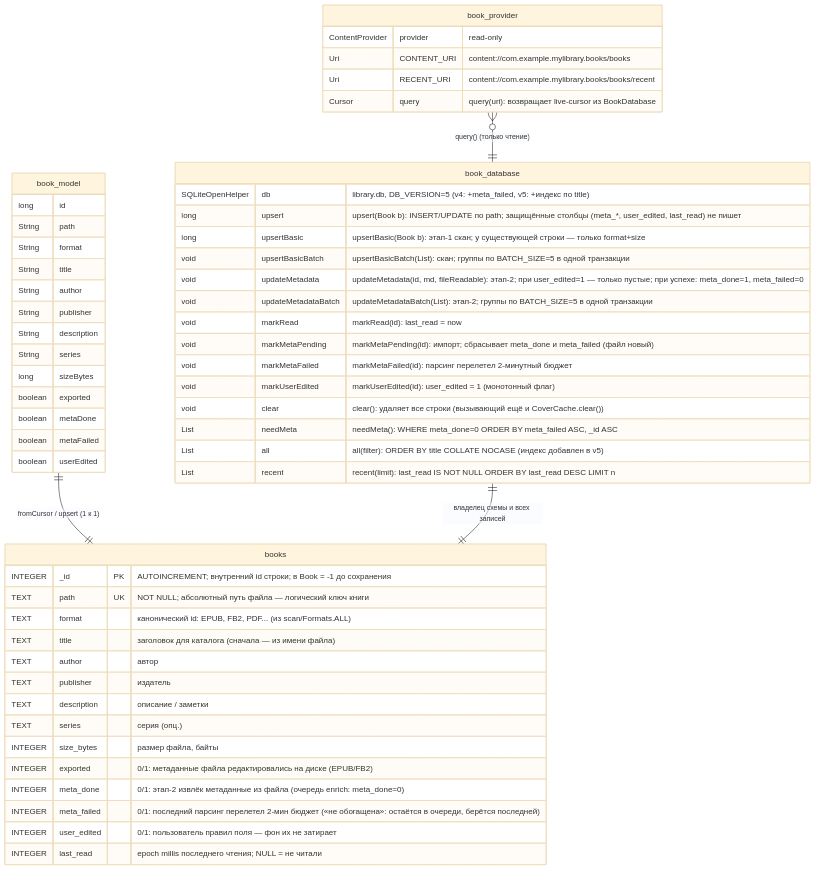
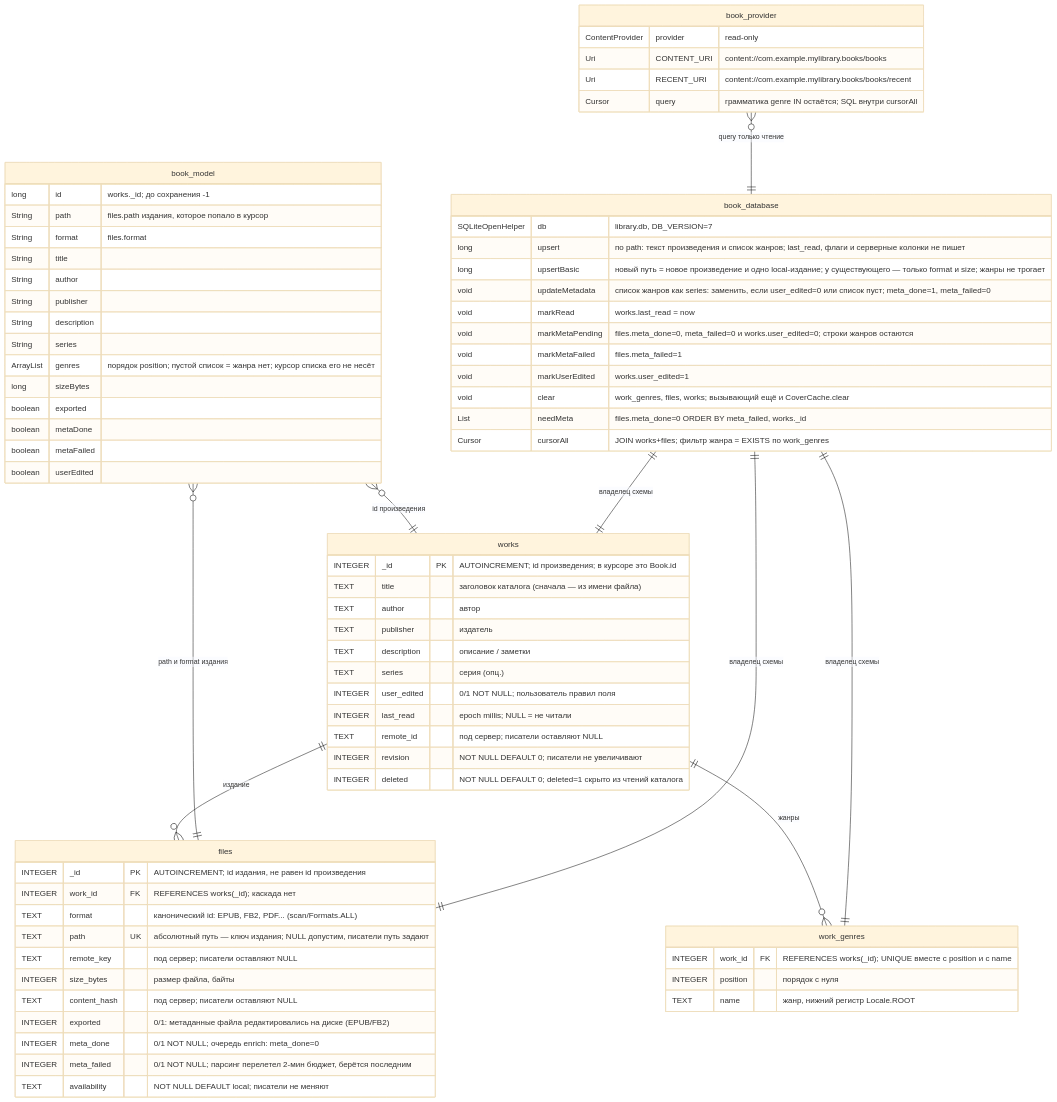
One commit to Klapatun/NeoLibrary changed the diagram in docs/diagrams/db_er.mmd. Above: the diagram before and after it, drawn with Mermaid (base theme). The commit also changed 5 other files, not shown here.

First line of the commit message:
docs: шаг 3 (work-file-catalog) — каталог v7 в architecture и ER

```diff
--- a/docs/diagrams/db_er.mmd
+++ b/docs/diagrams/db_er.mmd
@@ -1,64 +1,84 @@
-%% Neo Library — ER-диаграмма каталога (SQLite, library.db, v5)
-%% Одна таблица, одна строка = одна книга на диске.
+%% Neo Library — ER-диаграмма каталога (SQLite, library.db, v7)
+%% Произведение, издание и список жанров. Локальный скан: один новый путь = одно произведение.
 erDiagram
 
-    books {
-        INTEGER   _id          PK "AUTOINCREMENT; внутренний id строки; в Book = -1 до сохранения"
-        TEXT      path         UK "NOT NULL; абсолютный путь файла — логический ключ книги"
-        TEXT      format       "канонический id: EPUB, FB2, PDF... (из scan/Formats.ALL)"
-        TEXT      title        "заголовок для каталога (сначала — из имени файла)"
+    works {
+        INTEGER   _id          PK "AUTOINCREMENT; id произведения; в курсоре это Book.id"
+        TEXT      title        "заголовок каталога (сначала — из имени файла)"
         TEXT      author       "автор"
         TEXT      publisher    "издатель"
         TEXT      description  "описание / заметки"
         TEXT      series       "серия (опц.)"
+        INTEGER   user_edited  "0/1 NOT NULL; пользователь правил поля"
+        INTEGER   last_read    "epoch millis; NULL = не читали"
+        TEXT      remote_id    "под сервер; писатели оставляют NULL"
+        INTEGER   revision     "NOT NULL DEFAULT 0; писатели не увеличивают"
+        INTEGER   deleted      "NOT NULL DEFAULT 0; deleted=1 скрыто из чтений каталога"
+    }
+
+    files {
+        INTEGER   _id          PK "AUTOINCREMENT; id издания, не равен id произведения"
+        INTEGER   work_id      FK "REFERENCES works(_id); каскада нет"
+        TEXT      format       "канонический id: EPUB, FB2, PDF... (scan/Formats.ALL)"
+        TEXT      path         UK "абсолютный путь — ключ издания; NULL допустим, писатели путь задают"
+        TEXT      remote_key   "под сервер; писатели оставляют NULL"
         INTEGER   size_bytes   "размер файла, байты"
+        TEXT      content_hash "под сервер; писатели оставляют NULL"
         INTEGER   exported     "0/1: метаданные файла редактировались на диске (EPUB/FB2)"
-        INTEGER   meta_done    "0/1: этап-2 извлёк метаданные из файла (очередь enrich: meta_done=0)"
-        INTEGER   meta_failed  "0/1: последний парсинг перелетел 2-мин бюджет («не обогащена»: остаётся в очереди, берётся последней)"
-        INTEGER   user_edited  "0/1: пользователь правил поля — фон их не затирает"
-        INTEGER   last_read    "epoch millis последнего чтения; NULL = не читали"
+        INTEGER   meta_done    "0/1 NOT NULL; очередь enrich: meta_done=0"
+        INTEGER   meta_failed  "0/1 NOT NULL; парсинг перелетел 2-мин бюджет, берётся последним"
+        TEXT      availability "NOT NULL DEFAULT local; писатели не меняют"
+    }
+
+    work_genres {
+        INTEGER   work_id      FK "REFERENCES works(_id); UNIQUE вместе с position и с name"
+        INTEGER   position     "порядок с нуля"
+        TEXT      name         "жанр, нижний регистр Locale.ROOT"
     }
 
     book_model {
-        long    id
-        String  path
-        String  format
-        String  title
-        String  author
-        String  publisher
-        String  description
-        String  series
-        long    sizeBytes
-        boolean exported
-        boolean metaDone
-        boolean metaFailed
-        boolean userEdited
+        long      id           "works._id; до сохранения -1"
+        String    path         "files.path издания, которое попало в курсор"
+        String    format       "files.format"
+        String    title
+        String    author
+        String    publisher
+        String    description
+        String    series
+        ArrayList genres       "порядок position; пустой список = жанра нет; курсор списка его не несёт"
+        long      sizeBytes
+        boolean   exported
+        boolean   metaDone
+        boolean   metaFailed
+        boolean   userEdited
     }
 
     book_database {
-        SQLiteOpenHelper db "library.db, DB_VERSION=5 (v4: +meta_failed, v5: +индекс по title)"
-        long    upsert               "upsert(Book b): INSERT/UPDATE по path; защищённые столбцы (meta_*, user_edited, last_read) не пишет"
-        long    upsertBasic          "upsertBasic(Book b): этап-1 скан; у существующей строки — только format+size"
-        void    upsertBasicBatch     "upsertBasicBatch(List): скан; группы по BATCH_SIZE=5 в одной транзакции"
-        void    updateMetadata       "updateMetadata(id, md, fileReadable): этап-2; при user_edited=1 — только пустые; при успехе: meta_done=1, meta_failed=0"
-        void    updateMetadataBatch  "updateMetadataBatch(List): этап-2; группы по BATCH_SIZE=5 в одной транзакции"
-        void    markRead             "markRead(id): last_read = now"
-        void    markMetaPending      "markMetaPending(id): импорт; сбрасывает meta_done и meta_failed (файл новый)"
-        void    markMetaFailed       "markMetaFailed(id): парсинг перелетел 2-минутный бюджет"
-        void    markUserEdited       "markUserEdited(id): user_edited = 1 (монотонный флаг)"
-        void    clear                "clear(): удаляет все строки (вызывающий ещё и CoverCache.clear())"
-        List    needMeta             "needMeta(): WHERE meta_done=0 ORDER BY meta_failed ASC, _id ASC"
-        List    all                  "all(filter): ORDER BY title COLLATE NOCASE (индекс добавлен в v5)"
-        List    recent               "recent(limit): last_read IS NOT NULL ORDER BY last_read DESC LIMIT n"
+        SQLiteOpenHelper db "library.db, DB_VERSION=7"
+        long    upsert               "по path: текст произведения и список жанров; last_read, флаги и серверные колонки не пишет"
+        long    upsertBasic          "новый путь = новое произведение и одно local-издание; у существующего — только format и size; жанры не трогает"
+        void    updateMetadata       "список жанров как series: заменить, если user_edited=0 или список пуст; meta_done=1, meta_failed=0"
+        void    markRead             "works.last_read = now"
+        void    markMetaPending      "files.meta_done=0, meta_failed=0 и works.user_edited=0; строки жанров остаются"
+        void    markMetaFailed       "files.meta_failed=1"
+        void    markUserEdited       "works.user_edited=1"
+        void    clear                "work_genres, files, works; вызывающий ещё и CoverCache.clear"
+        List    needMeta             "files.meta_done=0 ORDER BY meta_failed, works._id"
+        Cursor  cursorAll            "JOIN works+files; фильтр жанра = EXISTS по work_genres"
     }
 
     book_provider {
         ContentProvider provider "read-only"
         Uri CONTENT_URI  "content://com.example.mylibrary.books/books"
         Uri RECENT_URI   "content://com.example.mylibrary.books/books/recent"
-        Cursor query     "query(uri): возвращает live-cursor из BookDatabase"
+        Cursor query     "грамматика genre IN остаётся; SQL внутри cursorAll"
     }
 
-    book_model ||--|| books : "fromCursor / upsert (1 к 1)"
-    book_database ||--|| books : "владелец схемы и всех записей"
-    book_provider }o--|| book_database : "query() (только чтение)"
+    works ||--o{ files : "издание"
+    works ||--o{ work_genres : "жанры"
+    book_model }o--|| works : "id произведения"
+    book_model }o--|| files : "path и format издания"
+    book_database ||--|| works : "владелец схемы"
+    book_database ||--|| files : "владелец схемы"
+    book_database ||--|| work_genres : "владелец схемы"
+    book_provider }o--|| book_database : "query только чтение"
```
